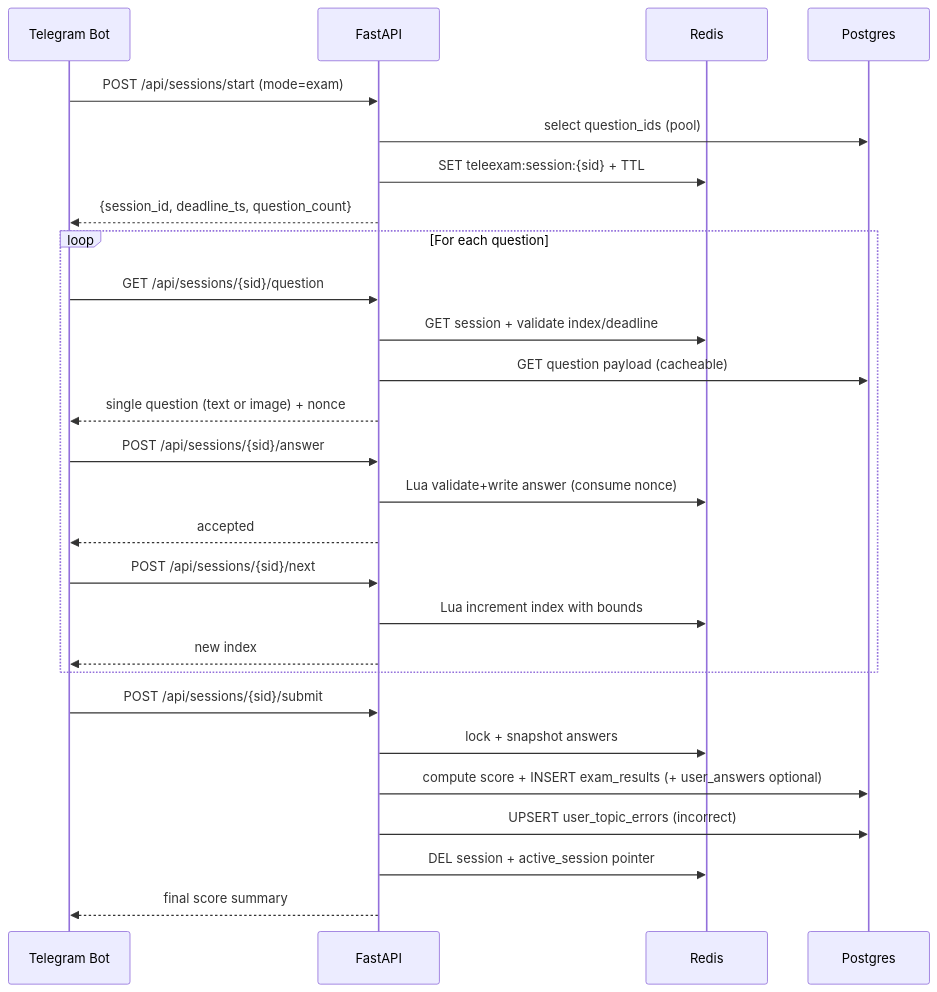
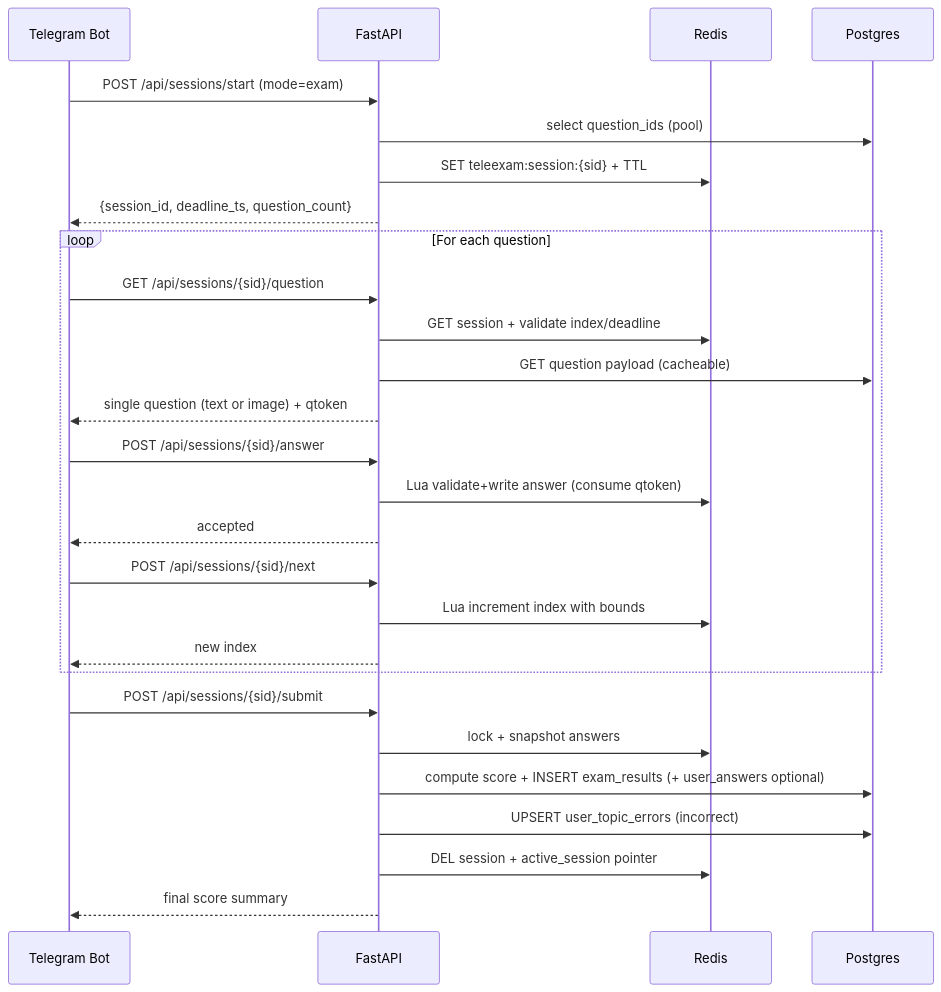
Before and after one commit to dagiteferi/TeleExam-AI: the fourth of 6 diagrams in docs/architecture.md, drawn with Mermaid. The commit also changed other lines of this file, not shown here.

````diff
--- a/docs/architecture.md
+++ b/docs/architecture.md
@@ -929,34 +1159,34 @@
 ```mermaid
 sequenceDiagram
   participant Bot as Telegram Bot
   participant API as FastAPI
   participant R as Redis
   participant PG as Postgres
 
   Bot->>API: POST /api/sessions/start (mode=exam)
   API->>PG: select question_ids (pool)
   API->>R: SET teleexam:session:{sid} + TTL
   API-->>Bot: {session_id, deadline_ts, question_count}
 
   loop For each question
     Bot->>API: GET /api/sessions/{sid}/question
     API->>R: GET session + validate index/deadline
     API->>PG: GET question payload (cacheable)
-    API-->>Bot: single question (text or image) + nonce
+    API-->>Bot: single question (text or image) + qtoken
 
     Bot->>API: POST /api/sessions/{sid}/answer
-    API->>R: Lua validate+write answer (consume nonce)
+    API->>R: Lua validate+write answer (consume qtoken)
     API-->>Bot: accepted
 
     Bot->>API: POST /api/sessions/{sid}/next
     API->>R: Lua increment index with bounds
     API-->>Bot: new index
   end
 
   Bot->>API: POST /api/sessions/{sid}/submit
   API->>R: lock + snapshot answers
   API->>PG: compute score + INSERT exam_results (+ user_answers optional)
   API->>PG: UPSERT user_topic_errors (incorrect)
   API->>R: DEL session + active_session pointer
   API-->>Bot: final score summary
 ```
````
